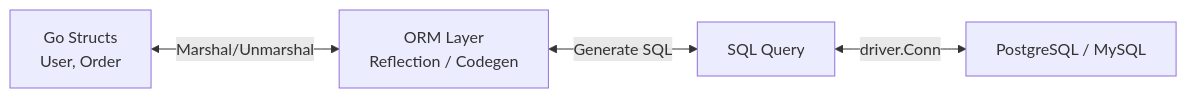
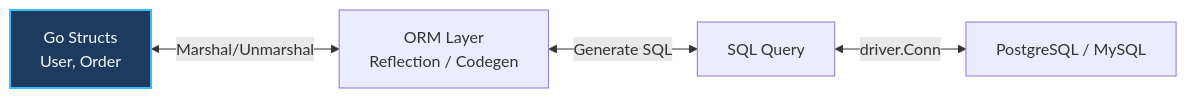
Before and after one commit to UnrealTemplier/go-textbook: the first of 2 diagrams in sources/12. Базы данных/10. Практика и архитектура/3. ORM vs SQL.md, drawn with Mermaid. The commit also changed other lines of this file and 1666 other files, not shown here.

First line of the commit message:
feat(mermaid): add semantic color classDef to 1369 colorless flowchart/graph diagrams

````diff
--- a/sources/12. Базы данных/10. Практика и архитектура/3. ORM vs SQL.md
+++ b/sources/12. Базы данных/10. Практика и архитектура/3. ORM vs SQL.md
@@ -26,6 +26,16 @@
 ```mermaid
 flowchart LR
-    Code["Go Structs<br>User, Order"] <-->|Marshal/Unmarshal| ORM["ORM Layer<br>Reflection / Codegen"]
+    classDef process  fill:#1e293b,stroke:#38bdf8,stroke-width:1px,color:#f8fafc
+    classDef success  fill:#064e3b,stroke:#34d399,stroke-width:1px,color:#f8fafc
+    classDef error    fill:#7f1d1d,stroke:#f87171,stroke-width:1px,color:#f8fafc
+    classDef warning  fill:#78350f,stroke:#fbbf24,stroke-width:1px,color:#f8fafc
+    classDef entry    fill:#1e3a5f,stroke:#38bdf8,stroke-width:2px,color:#f8fafc
+    classDef aux      fill:#334155,stroke:#64748b,stroke-width:1px,color:#f8fafc
+    classDef system   fill:#312e81,stroke:#a78bfa,stroke-width:1px,color:#f8fafc
+    classDef data     fill:#132d29,stroke:#2dd4bf,stroke-width:1px,color:#f8fafc
+    classDef network  fill:#881337,stroke:#fb7185,stroke-width:1px,color:#f8fafc
+    classDef accent   fill:#1e1b4b,stroke:#818cf8,stroke-width:1px,color:#f8fafc
+    Code["Go Structs<br>User, Order"]:::entry <-->|Marshal/Unmarshal| ORM["ORM Layer<br>Reflection / Codegen"]
     ORM <-->|Generate SQL| SQL["SQL Query"]
     SQL <-->|driver.Conn| DB["PostgreSQL / MySQL"]
 ```
````
